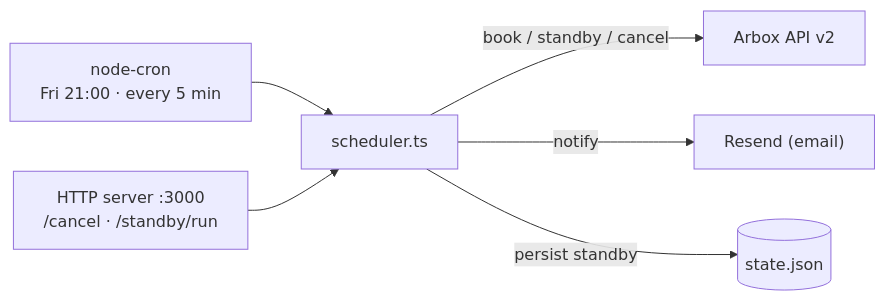
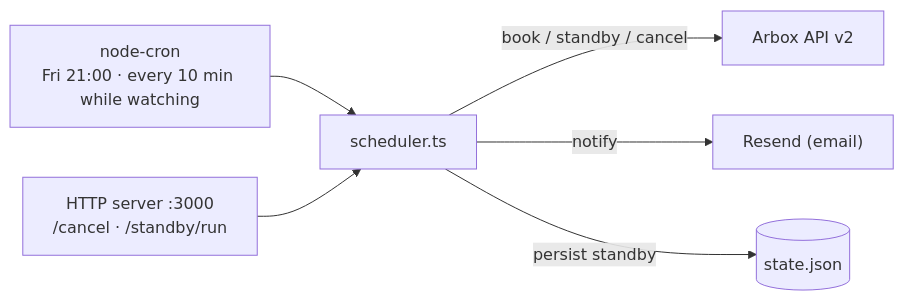
Before and after one commit to mitekk/arbox-schedule: the diagram in README.md, drawn with Mermaid. The commit also changed other lines of this file and 11 other files, not shown here.

````diff
--- a/README.md
+++ b/README.md
@@ -127,14 +129,14 @@
 ```mermaid
 flowchart LR
-  Cron["node-cron<br/>Fri 21:00 · every 5 min"]
+  Cron["node-cron<br/>Fri 21:00 · every 10 min while watching"]
   HTTP["HTTP server :3000<br/>/cancel · /standby/run"]
   Sched["scheduler.ts"]
   Arbox["Arbox API v2"]
   Resend["Resend (email)"]
   State[("state.json")]
   Cron --> Sched
   HTTP --> Sched
   Sched -- "book / standby / cancel" --> Arbox
   Sched -- "notify" --> Resend
   Sched -- "persist standby" --> State
 ```
````
